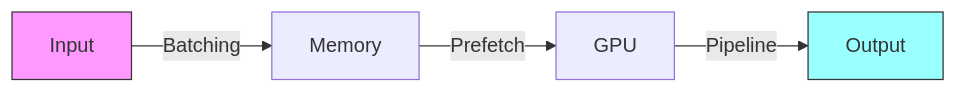
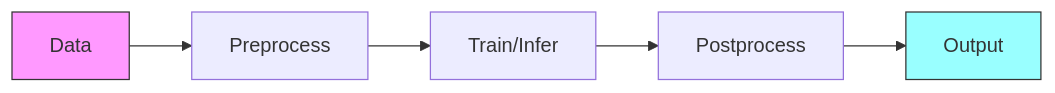
One commit to BjornMelin/ml-vision-lab changed the diagram in core/pipelines/README.md. Above: the diagram before and after it, drawn with Mermaid. The commit also changed other lines of this file and 10 other files, not shown here.

````diff
--- a/core/pipelines/README.md
+++ b/core/pipelines/README.md
@@ -173,8 +168,9 @@
 ```mermaid
 graph LR
-    A[Input] -->|Batching| B[Memory]
-    B -->|Prefetch| C[GPU]
-    C -->|Pipeline| D[Output]
+    A[Data] --> B[Preprocess]
+    B --> C[Train/Infer]
+    C --> D[Postprocess]
+    D --> E[Output]
     style A fill:#f9f,stroke:#333
-    style D fill:#9ff,stroke:#333
+    style E fill:#9ff,stroke:#333
 ```
````
